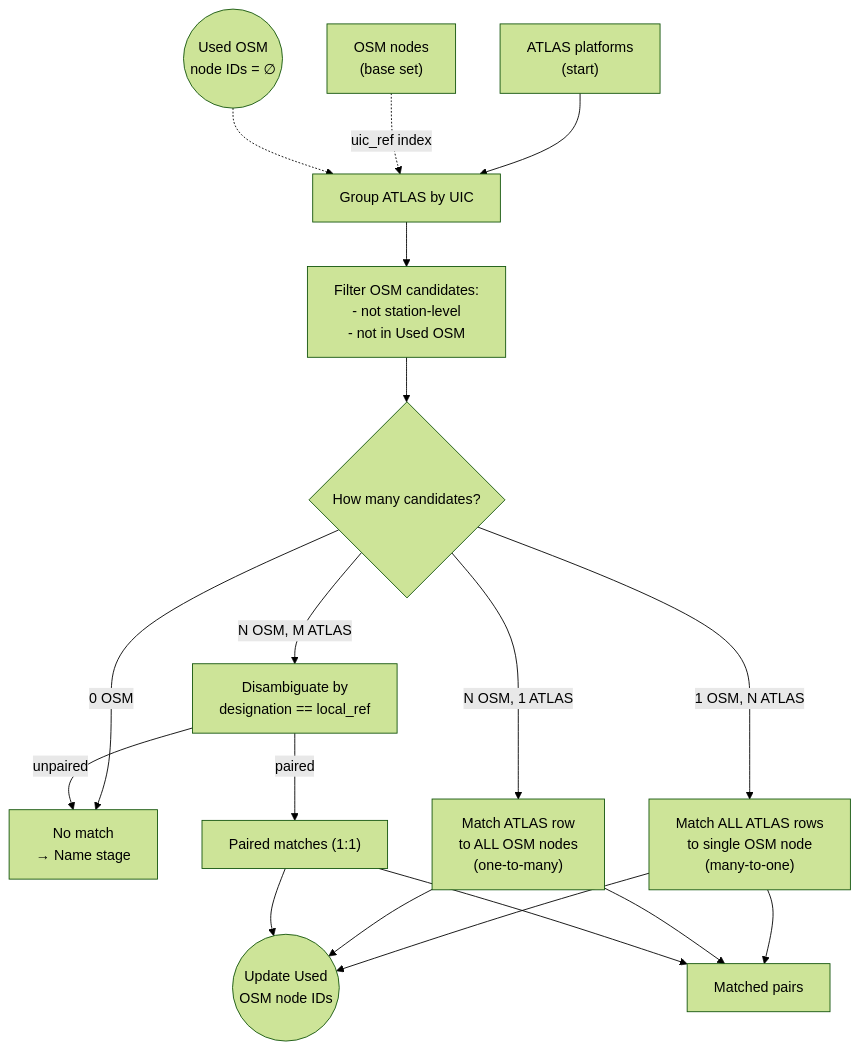
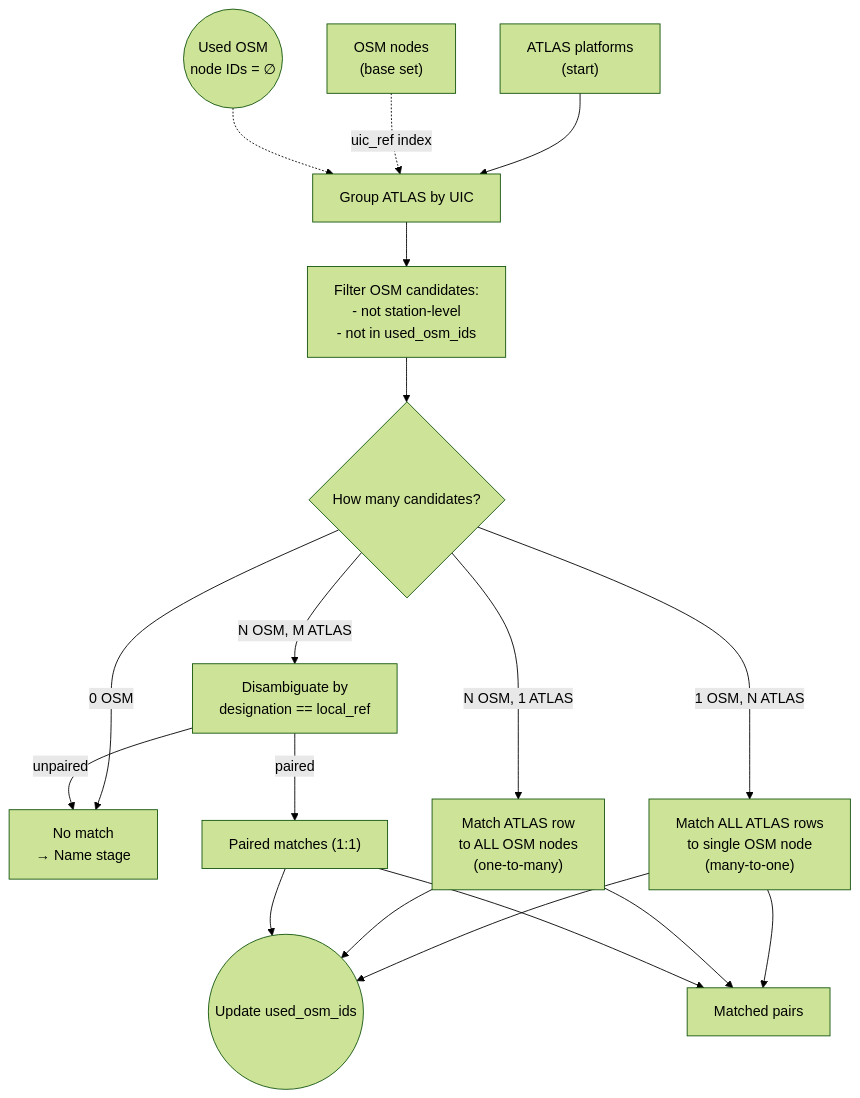
One commit to openTdataCH/stop_sync_osm_atlas changed the diagram in documentation/2.1 Exact matching.md. Above: the diagram before and after it, drawn with Mermaid (forest theme). The commit also changed other lines of this file and 75 other files, not shown here.

````diff
--- a/documentation/2.1 Exact matching.md
+++ b/documentation/2.1 Exact matching.md
@@ -5,30 +5,30 @@
 ```mermaid
 flowchart TB
     %% ===== INPUTS (first stage) =====
     IN["ATLAS platforms<br/>(start)"]
     OSM["OSM nodes<br/>(base set)"]
     U(("Used OSM<br/>node IDs = ∅"))
 
     IN --> G["Group ATLAS by UIC"]
     OSM -.-> |"uic_ref index"| G
     U -.-> G
 
-    G --> F["Filter OSM candidates:<br/>- not station-level<br/>- not in Used OSM"]
+    G --> F["Filter OSM candidates:<br/>- not station-level<br/>- not in used_osm_ids"]
     F --> C{"How many candidates?"}
 
     C -->|0 OSM| X["No match<br/>→ Name stage"]
     C -->|1 OSM, N ATLAS| M1["Match ALL ATLAS rows<br/>to single OSM node<br/>(many-to-one)"]
     C -->|N OSM, 1 ATLAS| M2["Match ATLAS row<br/>to ALL OSM nodes<br/>(one-to-many)"]
     C -->|N OSM, M ATLAS| D["Disambiguate by<br/>designation == local_ref"]
 
     D -->|paired| M3["Paired matches (1:1)"]
     D -->|unpaired| X
 
-    M1 --> U2(("Update Used<br/>OSM node IDs"))
+    M1 --> U2(("Update used_osm_ids"))
     M2 --> U2
     M3 --> U2
 
     M1 --> OUT["Matched pairs"]
     M2 --> OUT
     M3 --> OUT
 ```
````
